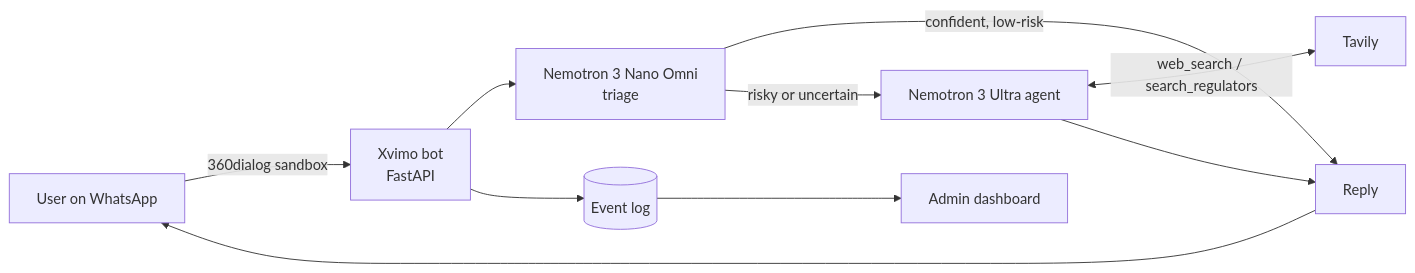
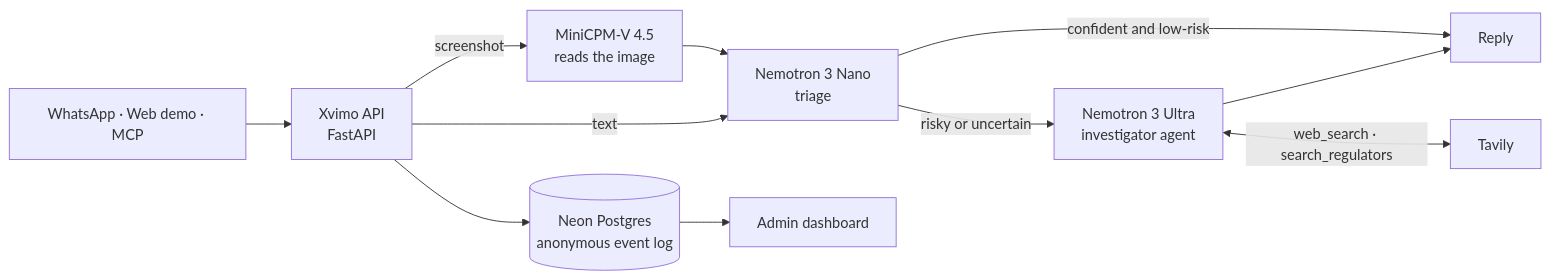
Before and after one commit to DataGuy-Eterniti/xvimo: the diagram in README.md, drawn with Mermaid. The commit also changed other lines of this file, not shown here.

````diff
--- a/README.md
+++ b/README.md
@@ -342,12 +51,13 @@
 ```mermaid
 flowchart LR
-    P[User on WhatsApp] -->|360dialog sandbox| B[Xvimo bot<br/>FastAPI]
-    B --> N[Nemotron 3 Nano Omni<br/>triage]
-    N -->|confident, low-risk| R[Reply]
-    N -->|risky or uncertain| A[Nemotron 3 Ultra agent]
-    A <-->|web_search / search_regulators| T[Tavily]
+    U[WhatsApp · Web demo · MCP] --> B[Xvimo API<br/>FastAPI]
+    B -->|screenshot| V[MiniCPM-V 4.5<br/>reads the image]
+    V --> N
+    B -->|text| N[Nemotron 3 Nano<br/>triage]
+    N -->|confident and low-risk| R[Reply]
+    N -->|risky or uncertain| A[Nemotron 3 Ultra<br/>investigator agent]
+    A <-->|web_search · search_regulators| T[Tavily]
     A --> R
-    R --> P
-    B --> L[(Event log)]
+    B --> L[(Neon Postgres<br/>anonymous event log)]
     L --> D[Admin dashboard]
 ```
````
